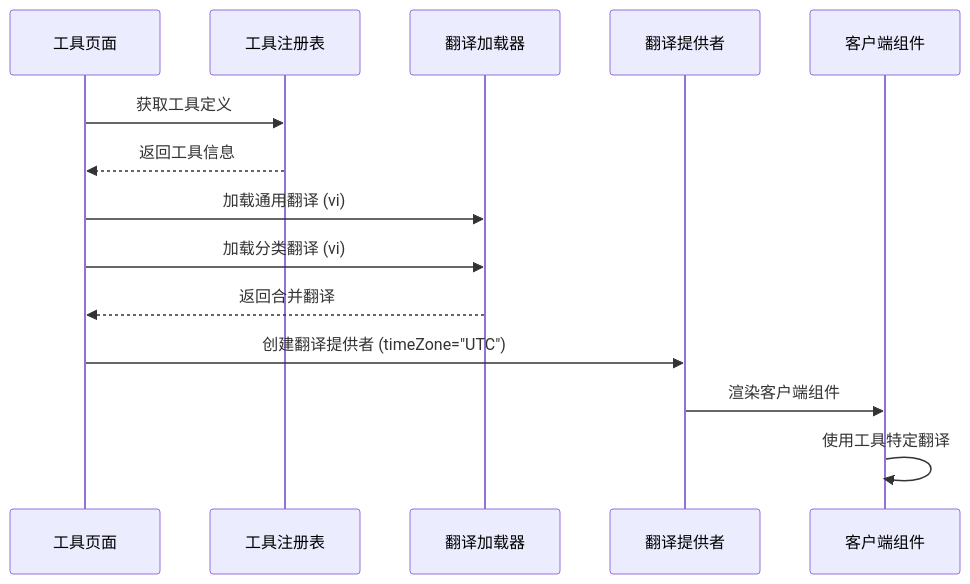
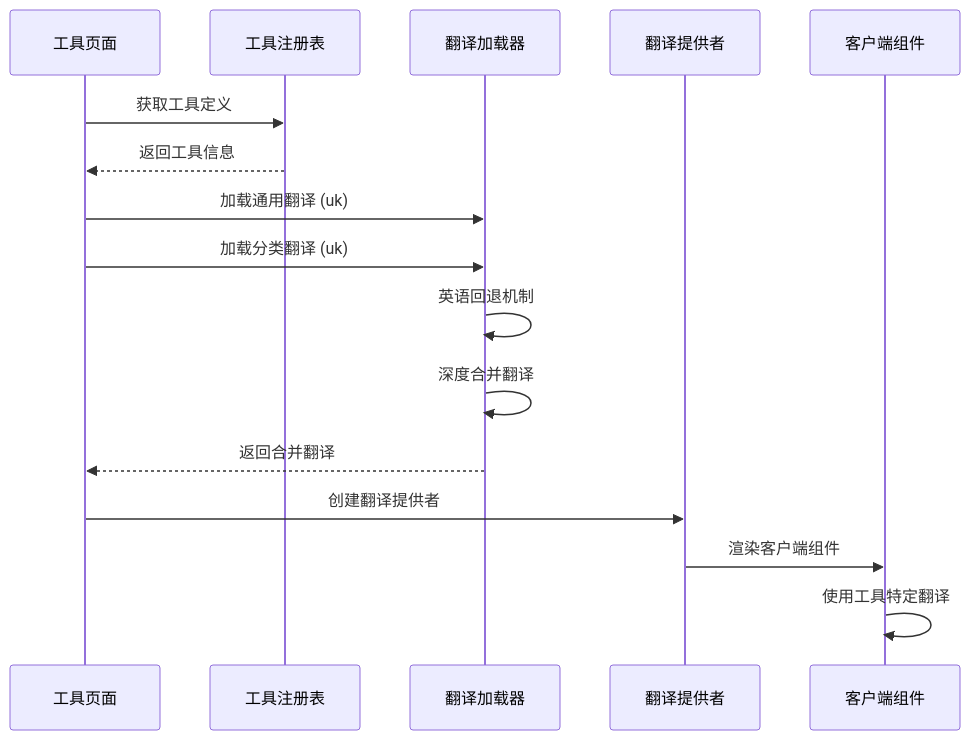
Before and after one commit to sgyy/privadeck: the eighth of 11 diagrams in .qoder/repowiki/zh/content/技术架构/国际化系统.md, drawn with Mermaid. The commit also changed other lines of this file and 27 other files, not shown here.

````diff
--- a/.qoder/repowiki/zh/content/技术架构/国际化系统.md
+++ b/.qoder/repowiki/zh/content/技术架构/国际化系统.md
@@ -494,16 +493,18 @@
 ```mermaid
 sequenceDiagram
 participant Page as 工具页面
 participant Registry as 工具注册表
 participant Loader as 翻译加载器
 participant Provider as 翻译提供者
 participant Client as 客户端组件
 Page->>Registry : 获取工具定义
 Registry-->>Page : 返回工具信息
-Page->>Loader : 加载通用翻译 (vi)
-Page->>Loader : 加载分类翻译 (vi)
+Page->>Loader : 加载通用翻译 (uk)
+Page->>Loader : 加载分类翻译 (uk)
+Loader->>Loader : 英语回退机制
+Loader->>Loader : 深度合并翻译
 Loader-->>Page : 返回合并翻译
-Page->>Provider : 创建翻译提供者 (timeZone="UTC")
+Page->>Provider : 创建翻译提供者
 Provider->>Client : 渲染客户端组件
 Client->>Client : 使用工具特定翻译
 ```
````
